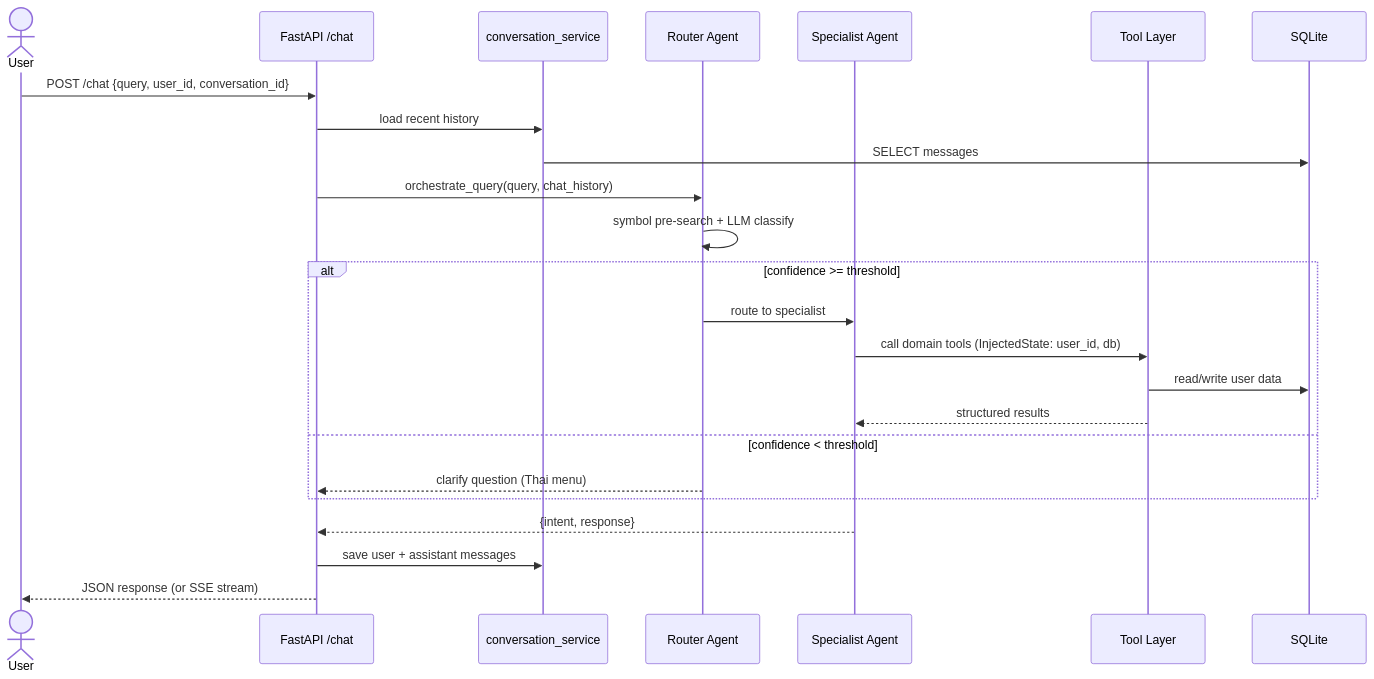
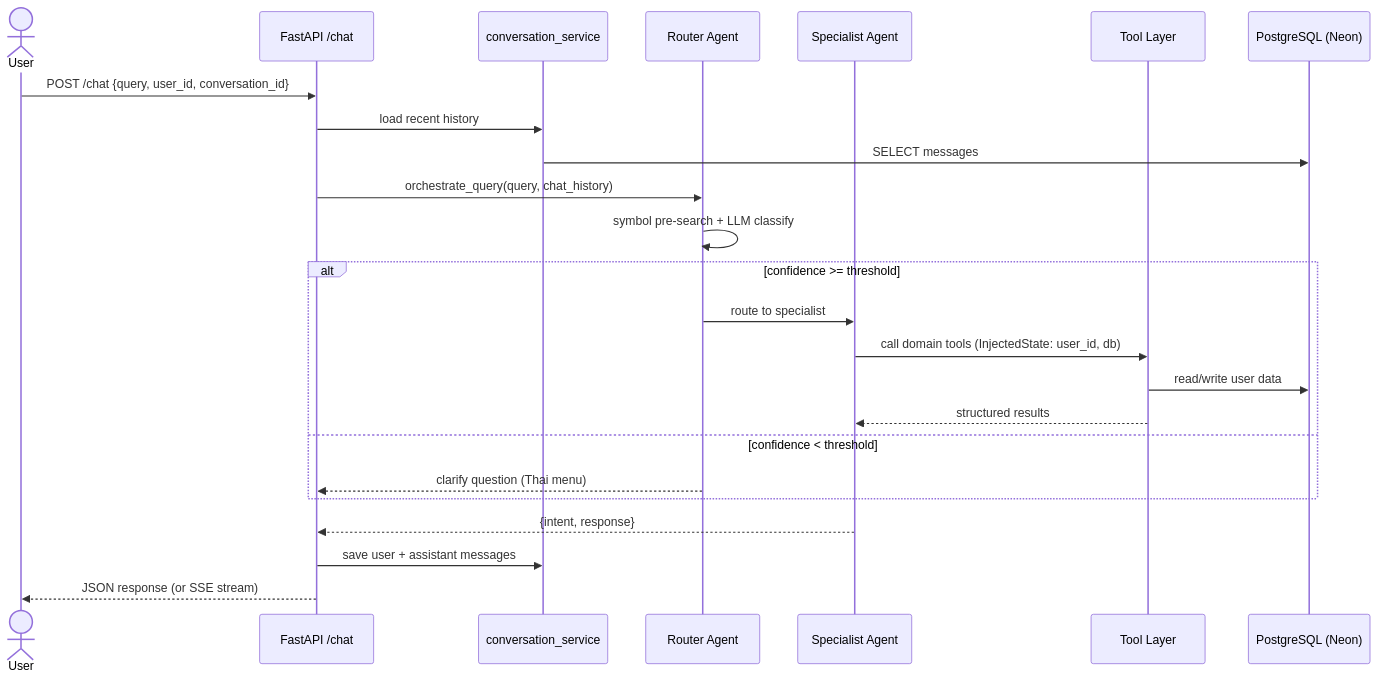
The second of 7 diagrams in docs/diagrams.md (pakkaphon-tangtonglang/agenticaiforpersonalfinance), drawn with Mermaid before and after one commit. The commit also changed 2 other files, not shown here.

Commit message:
docs: update guides for Neon Postgres and LINE link lifecycle
- deployment.md: database architecture (Neon via DB_URL), secret table,
  RAG-index-still-ephemeral caveat, troubleshooting rows
- README.md: link/unlink feature + Neon migration in roadmap
- CLAUDE.md / diagrams.md: stack + diagram reflect Postgres
- thesis-roadmap.md: record post-Phase-2 hardening and beta notes

````diff
--- a/docs/diagrams.md
+++ b/docs/diagrams.md
@@ -68,27 +68,27 @@
 ```mermaid
 sequenceDiagram
     actor User
     participant API as FastAPI /chat
     participant Conv as conversation_service
     participant Router as Router Agent
     participant Agent as Specialist Agent
     participant Tools as Tool Layer
-    participant DB as SQLite
+    participant DB as PostgreSQL (Neon)
 
     User->>API: POST /chat {query, user_id, conversation_id}
     API->>Conv: load recent history
     Conv->>DB: SELECT messages
     API->>Router: orchestrate_query(query, chat_history)
     Router->>Router: symbol pre-search + LLM classify
     alt confidence >= threshold
         Router->>Agent: route to specialist
         Agent->>Tools: call domain tools (InjectedState: user_id, db)
         Tools->>DB: read/write user data
         Tools-->>Agent: structured results
     else confidence < threshold
         Router-->>API: clarify question (Thai menu)
     end
     Agent-->>API: {intent, response}
     API->>Conv: save user + assistant messages
     API-->>User: JSON response (or SSE stream)
 ```
````
